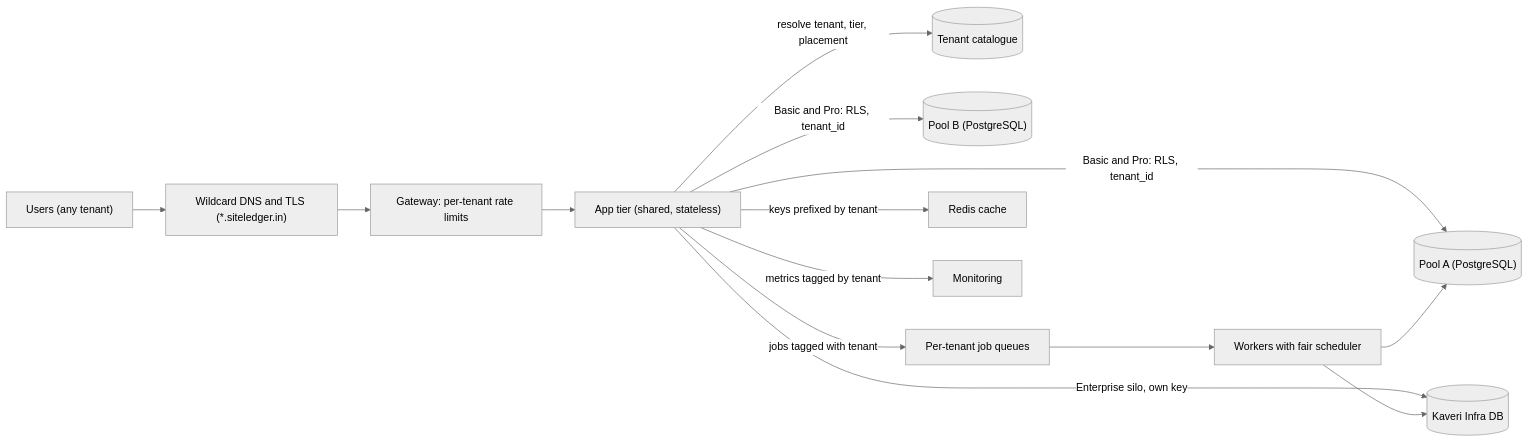
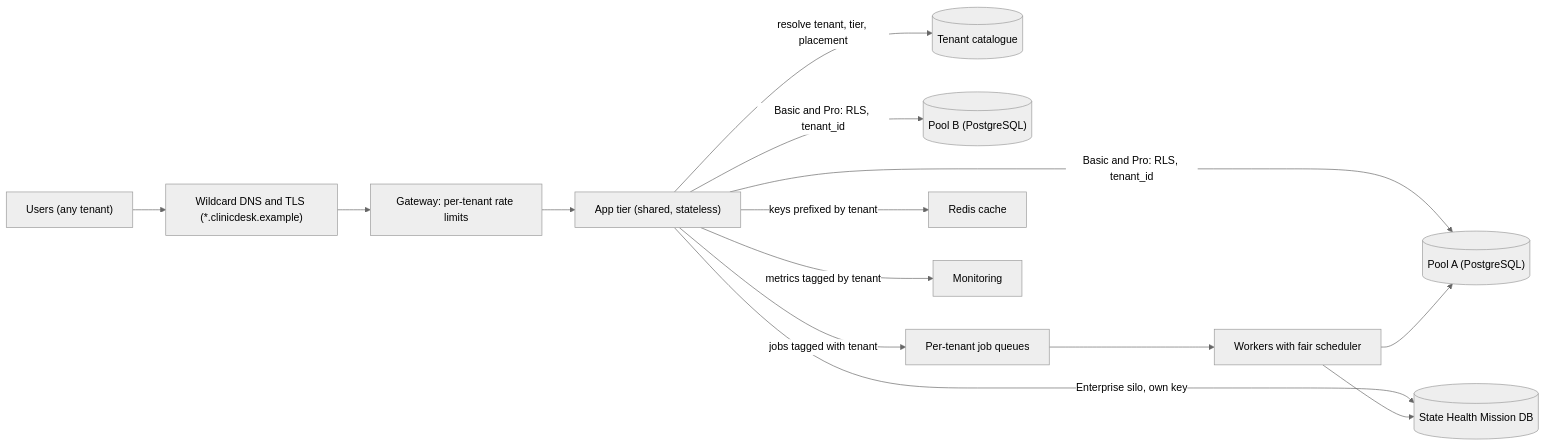
One commit to rizwi0786/system-design-lab changed the first of 3 diagrams in content/lessons/m16/m16-multi-tenancy.md. Above: the diagram before and after it, drawn with Mermaid (neutral theme). The commit also changed other lines of this file and 334 other files, not shown here.

````diff
--- a/content/lessons/m16/m16-multi-tenancy.md
+++ b/content/lessons/m16/m16-multi-tenancy.md
@@ -227,16 +230,16 @@
 ```mermaid
 flowchart LR
-    U["Users (any tenant)"] --> DNS["Wildcard DNS and TLS (*.siteledger.in)"]
+    U["Users (any tenant)"] --> DNS["Wildcard DNS and TLS (*.clinicdesk.example)"]
     DNS --> GW["Gateway: per-tenant rate limits"]
     GW --> APP["App tier (shared, stateless)"]
     APP -->|"resolve tenant, tier, placement"| CAT[("Tenant catalogue")]
     APP -->|"Basic and Pro: RLS, tenant_id"| POOL1[("Pool A (PostgreSQL)")]
     APP -->|"Basic and Pro: RLS, tenant_id"| POOL2[("Pool B (PostgreSQL)")]
-    APP -->|"Enterprise silo, own key"| SILO[("Kaveri Infra DB")]
+    APP -->|"Enterprise silo, own key"| SILO[("State Health Mission DB")]
     APP -->|"jobs tagged with tenant"| Q["Per-tenant job queues"]
     Q --> W["Workers with fair scheduler"]
     W --> POOL1
     W --> SILO
     APP -->|"keys prefixed by tenant"| C["Redis cache"]
     APP -->|"metrics tagged by tenant"| MON["Monitoring"]
 ```
````
